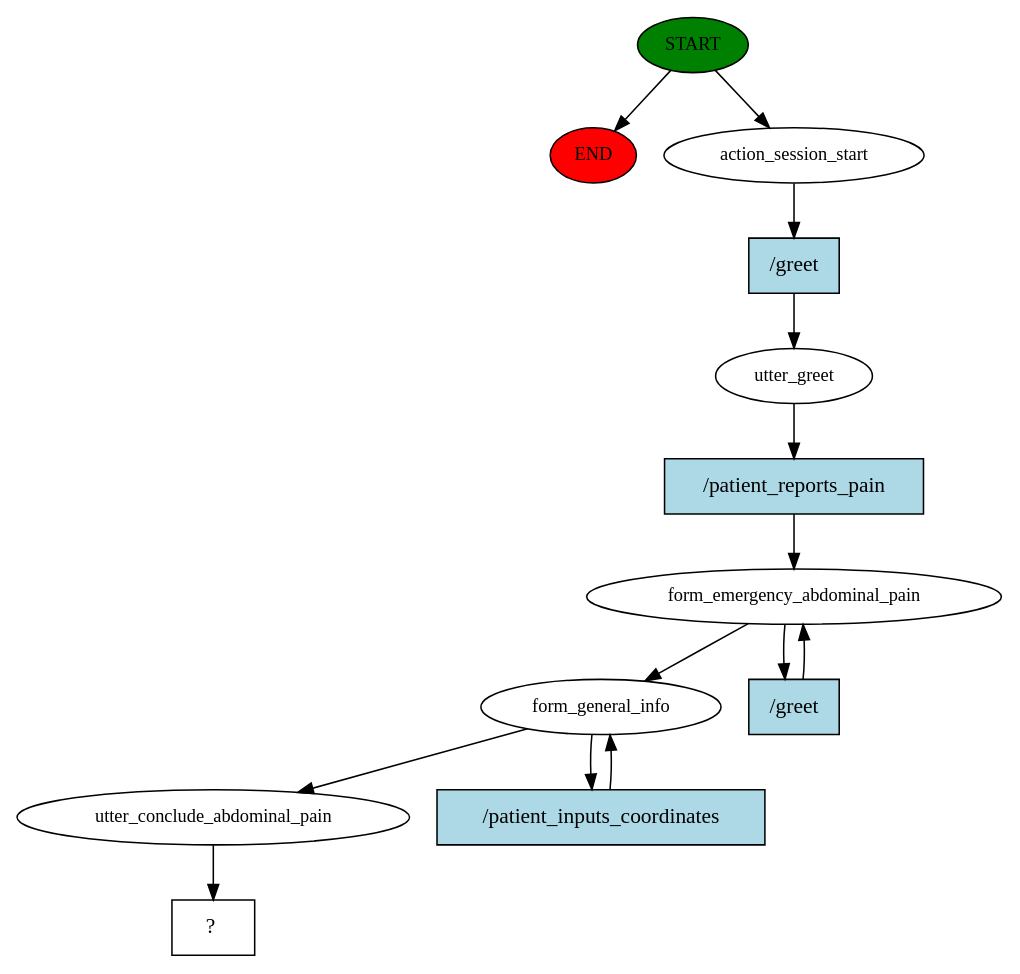
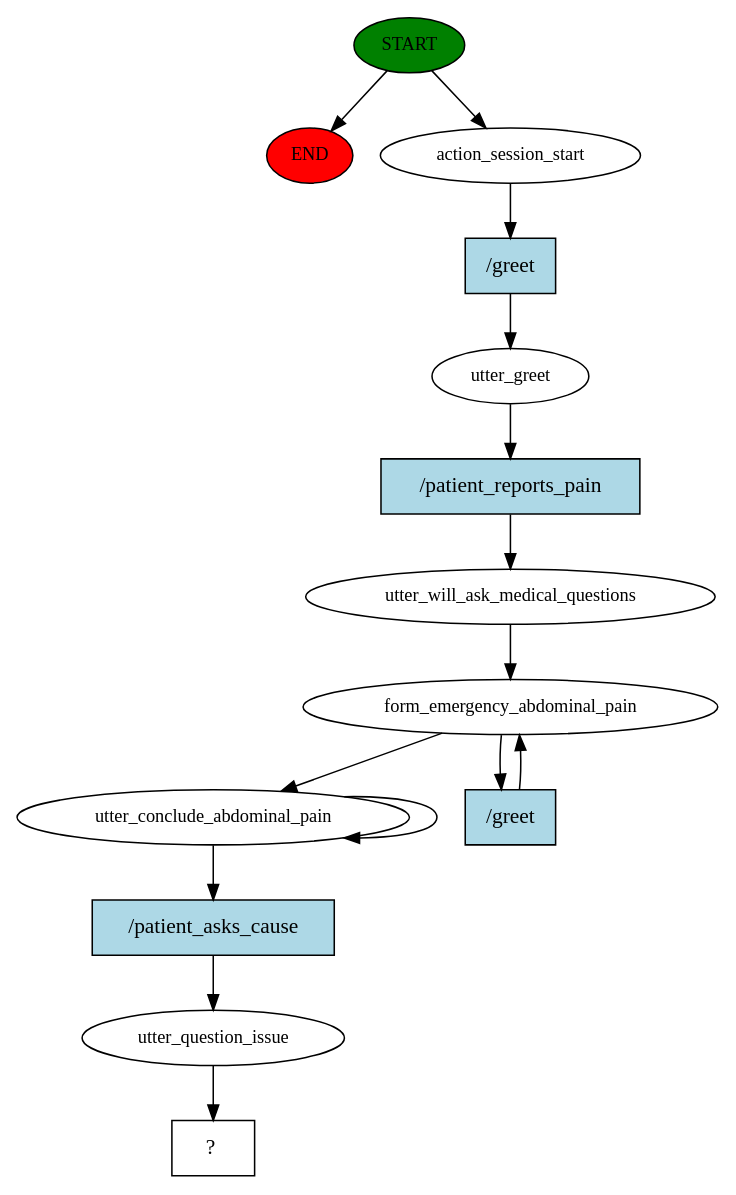
The diagram in story_graph.dot (halixness/HMD-Dispatcher), drawn with Graphviz before and after one commit. The commit also changed 6 other files, not shown here.

```diff
--- a/story_graph.dot
+++ b/story_graph.dot
@@ -1,27 +1,29 @@
 digraph  {
 0 [class="start active", fillcolor=green, fontsize=12, label=START, style=filled];
 "-1" [class=end, fillcolor=red, fontsize=12, label=END, style=filled];
 1 [class=active, fontsize=12, label=action_session_start];
 2 [class=active, fontsize=12, label=utter_greet];
-3 [class=active, fontsize=12, label=form_emergency_abdominal_pain];
-10 [class=active, fontsize=12, label=form_general_info];
-13 [class=active, fontsize=12, label=utter_conclude_abdominal_pain];
-14 [class="intent dashed active", label="  ?  ", shape=rect];
-15 [class="intent active", fillcolor=lightblue, label="/greet", shape=rect, style=filled];
-16 [class="intent active", fillcolor=lightblue, label="/patient_reports_pain", shape=rect, style=filled];
+3 [class=active, fontsize=12, label=utter_will_ask_medical_questions];
+4 [class=active, fontsize=12, label=form_emergency_abdominal_pain];
+11 [class=active, fontsize=12, label=utter_conclude_abdominal_pain];
+15 [class=active, fontsize=12, label=utter_question_issue];
+16 [class="intent dashed active", label="  ?  ", shape=rect];
 17 [class="intent active", fillcolor=lightblue, label="/greet", shape=rect, style=filled];
-18 [class="intent active", fillcolor=lightblue, label="/patient_inputs_coordinates", shape=rect, style=filled];
+18 [class="intent active", fillcolor=lightblue, label="/patient_reports_pain", shape=rect, style=filled];
+19 [class="intent active", fillcolor=lightblue, label="/greet", shape=rect, style=filled];
+20 [class="intent active", fillcolor=lightblue, label="/patient_asks_cause", shape=rect, style=filled];
 0 -> "-1"  [class="", key=NONE, label=""];
 0 -> 1  [class=active, key=NONE, label=""];
-1 -> 15  [class=active, key=0];
-2 -> 16  [class=active, key=0];
-3 -> 10  [class=active, key=NONE, label=""];
-3 -> 17  [class=active, key=0];
-10 -> 13  [class=active, key=NONE, label=""];
-10 -> 18  [class=active, key=0];
-13 -> 14  [class=active, key=NONE, label=""];
-15 -> 2  [class=active, key=0];
-16 -> 3  [class=active, key=0];
-17 -> 3  [class=active, key=0];
-18 -> 10  [class=active, key=0];
+1 -> 17  [class=active, key=0];
+2 -> 18  [class=active, key=0];
+3 -> 4  [class=active, key=NONE, label=""];
+4 -> 11  [class=active, key=NONE, label=""];
+4 -> 19  [class=active, key=0];
+11 -> 11  [class=active, key=NONE, label=""];
+11 -> 20  [class=active, key=0];
+15 -> 16  [class=active, key=NONE, label=""];
+17 -> 2  [class=active, key=0];
+18 -> 3  [class=active, key=0];
+19 -> 4  [class=active, key=0];
+20 -> 15  [class=active, key=0];
 }
```
